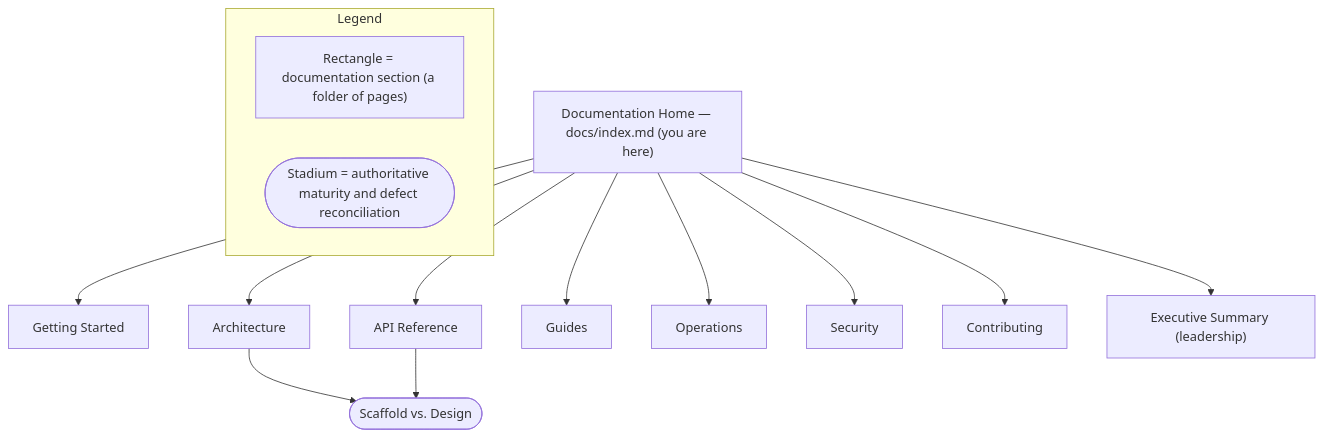
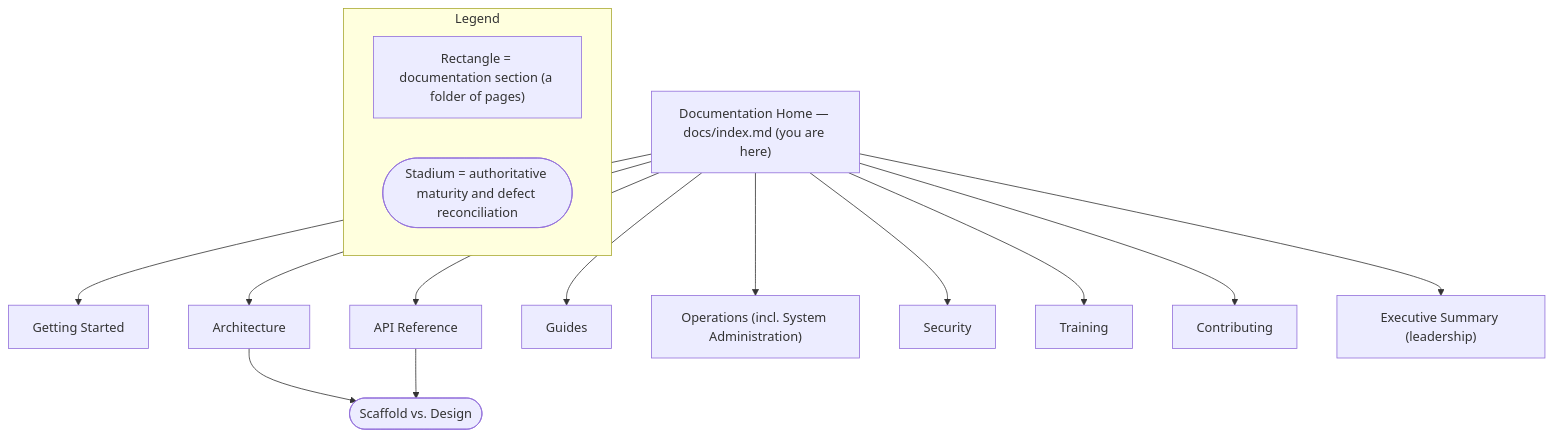
Before and after one commit to blitzy-public-samples/blockchain-integration-6edhrq: the diagram in docs/index.md, drawn with Mermaid. The commit also changed other lines of this file and 22 other files, not shown here.

````diff
--- a/docs/index.md
+++ b/docs/index.md
@@ -25,23 +25,24 @@
 ```mermaid
 flowchart TD
     subgraph Legend_IX1["Legend"]
         LG1["Rectangle = documentation section (a folder of pages)"]
         LG2(["Stadium = authoritative maturity and defect reconciliation"])
     end
 
     Index["Documentation Home — docs/index.md (you are here)"]
     Index --> GS["Getting Started"]
     Index --> ARCH["Architecture"]
     Index --> API["API Reference"]
     Index --> GUIDE["Guides"]
-    Index --> OPS["Operations"]
+    Index --> OPS["Operations (incl. System Administration)"]
     Index --> SEC["Security"]
+    Index --> TRAIN["Training"]
     Index --> CONTRIB["Contributing"]
     Index --> DECK["Executive Summary (leadership)"]
 
     ARCH --> SVD(["Scaffold vs. Design"])
     API --> SVD
 
     %% Legend: rectangles are sections; the stadium node is the single
     %% source of truth for maturity labels and the defect catalog.
 ```
````
